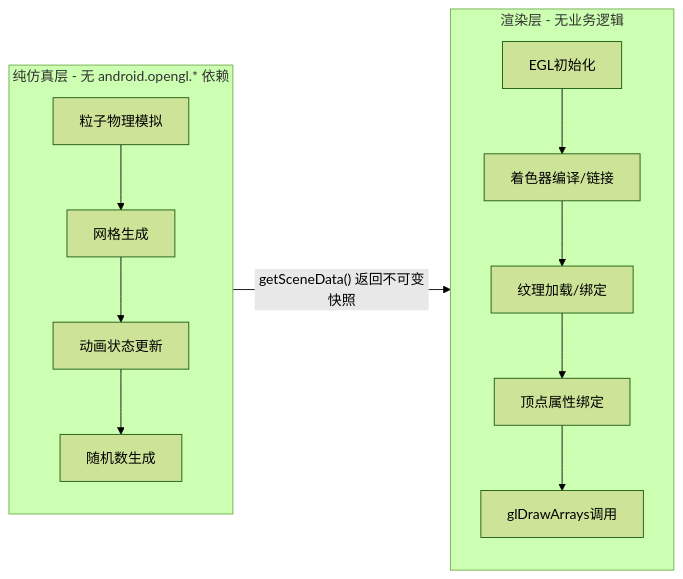
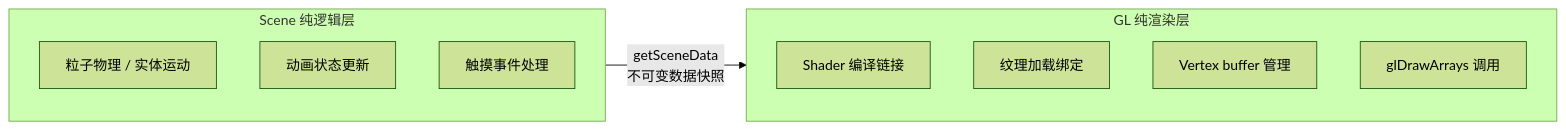
One commit to dynnbw/RE-Android-Live-Wallpapers changed the second of 4 diagrams in README.md. Above: the diagram before and after it, drawn with Mermaid (forest theme). The commit also changed other lines of this file, not shown here.

Commit message:
docs: Rewrite README with accurate architecture and full wallpaper catalog

````diff
--- a/README.md
+++ b/README.md
@@ -54,15 +78,15 @@
 ```mermaid
 flowchart LR
-    subgraph Scene [纯仿真层 - 无 android.opengl.* 依赖]
-        A[粒子物理模拟] --> B[网格生成]
-        B --> C[动画状态更新]
-        C --> D[随机数生成]
+    subgraph SCENE[Scene 纯逻辑层]
+        PHYSICS[粒子物理 / 实体运动]
+        STATE[动画状态更新]
+        TOUCH[触摸事件处理]
     end
-    subgraph GL [渲染层 - 无业务逻辑]
-        E[EGL初始化] --> F[着色器编译/链接]
-        F --> G[纹理加载/绑定]
-        G --> H[顶点属性绑定]
-        H --> I[glDrawArrays调用]
+    subgraph GL[GL 纯渲染层]
+        SHADER[Shader 编译链接]
+        TEX[纹理加载绑定]
+        VBO[Vertex buffer 管理]
+        DRAW[glDrawArrays 调用]
     end
-    Scene -- getSceneData() 返回不可变快照 --> GL
+    SCENE -- getSceneData<br/>不可变数据快照 --> GL
 ```
````
